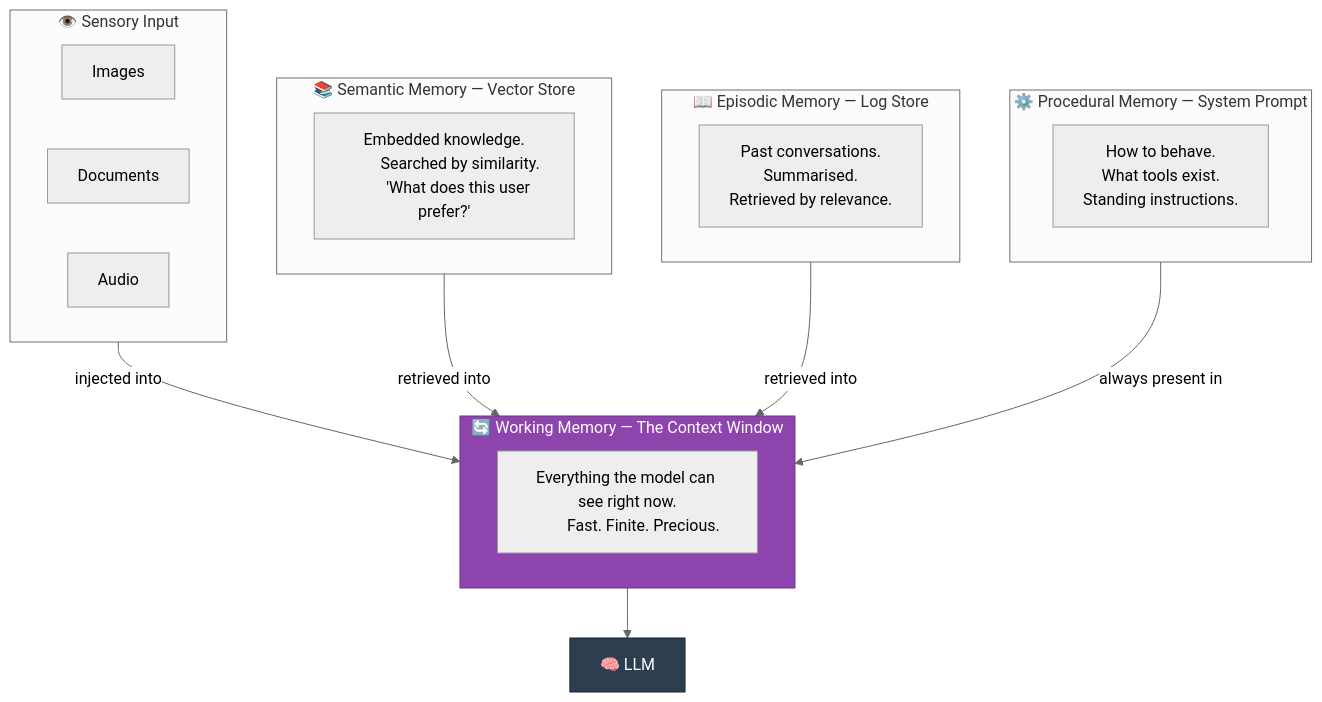
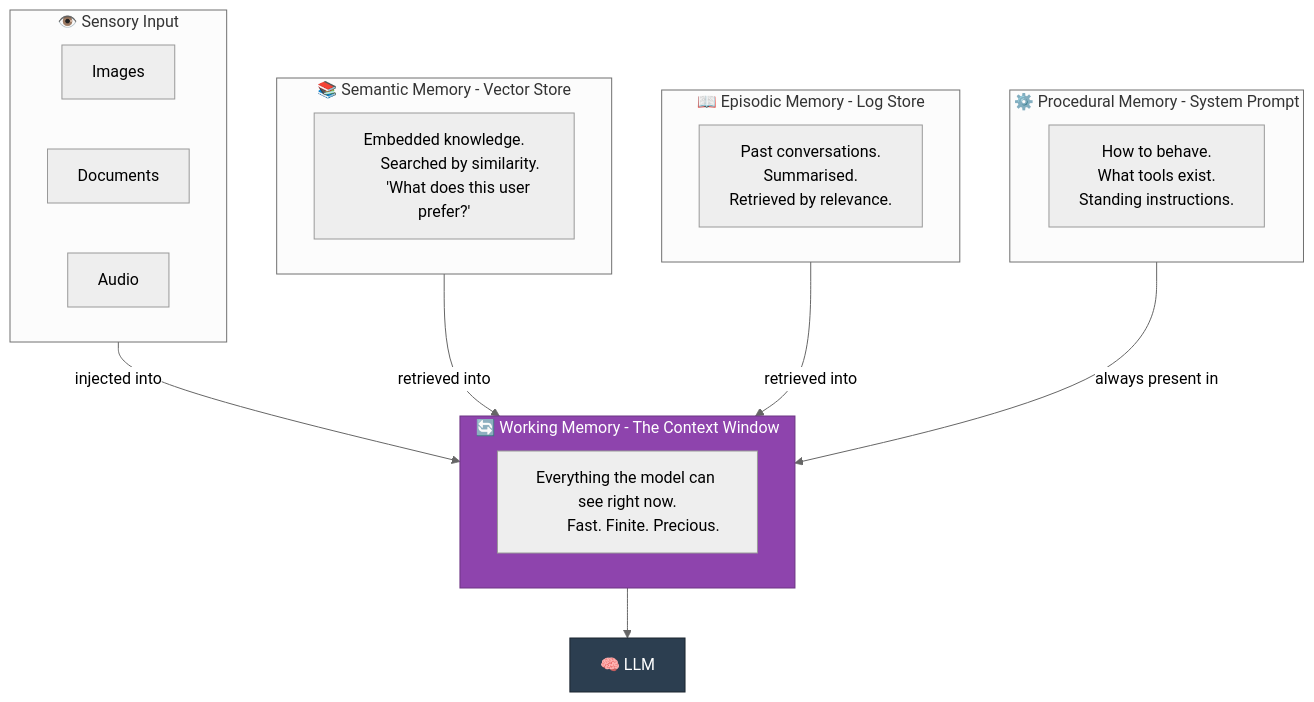
Before and after one commit to ayu1712/Guide-AI-Agents: the diagram in 02_patterns/07-memory-patterns.md, drawn with Mermaid (neutral theme). The commit also changed other lines of this file and 34 other files, not shown here.

````diff
--- a/02_patterns/07-memory-patterns.md
+++ b/02_patterns/07-memory-patterns.md
@@ -19,40 +19,40 @@
 ```mermaid
 flowchart TB
     subgraph SENSORY["👁️ Sensory Input"]
         IMG[Images]
         DOC[Documents]
         AUDIO[Audio]
     end
 
-    subgraph WORKING["🔄 Working Memory — The Context Window"]
+    subgraph WORKING["🔄 Working Memory - The Context Window"]
         CW["Everything the model can see right now.
         Fast. Finite. Precious."]
     end
 
-    subgraph SEMANTIC["📚 Semantic Memory — Vector Store"]
+    subgraph SEMANTIC["📚 Semantic Memory - Vector Store"]
         VEC["Embedded knowledge.
         Searched by similarity.
         'What does this user prefer?'"]
     end
 
-    subgraph EPISODIC["📖 Episodic Memory — Log Store"]
+    subgraph EPISODIC["📖 Episodic Memory - Log Store"]
         LOG["Past conversations.
         Summarised.
         Retrieved by relevance."]
     end
 
-    subgraph PROCEDURAL["⚙️ Procedural Memory — System Prompt"]
+    subgraph PROCEDURAL["⚙️ Procedural Memory - System Prompt"]
         PROC["How to behave.
         What tools exist.
         Standing instructions."]
     end
 
     SENSORY    -->|"injected into"| WORKING
     SEMANTIC   -->|"retrieved into"| WORKING
     EPISODIC   -->|"retrieved into"| WORKING
     PROCEDURAL -->|"always present in"| WORKING
     WORKING    --> LLM[🧠 LLM]
 
     style WORKING fill:#8E44AD,color:#fff,stroke:#6c3483
     style LLM fill:#2C3E50,color:#fff,stroke:#1a252f
 ```
````
